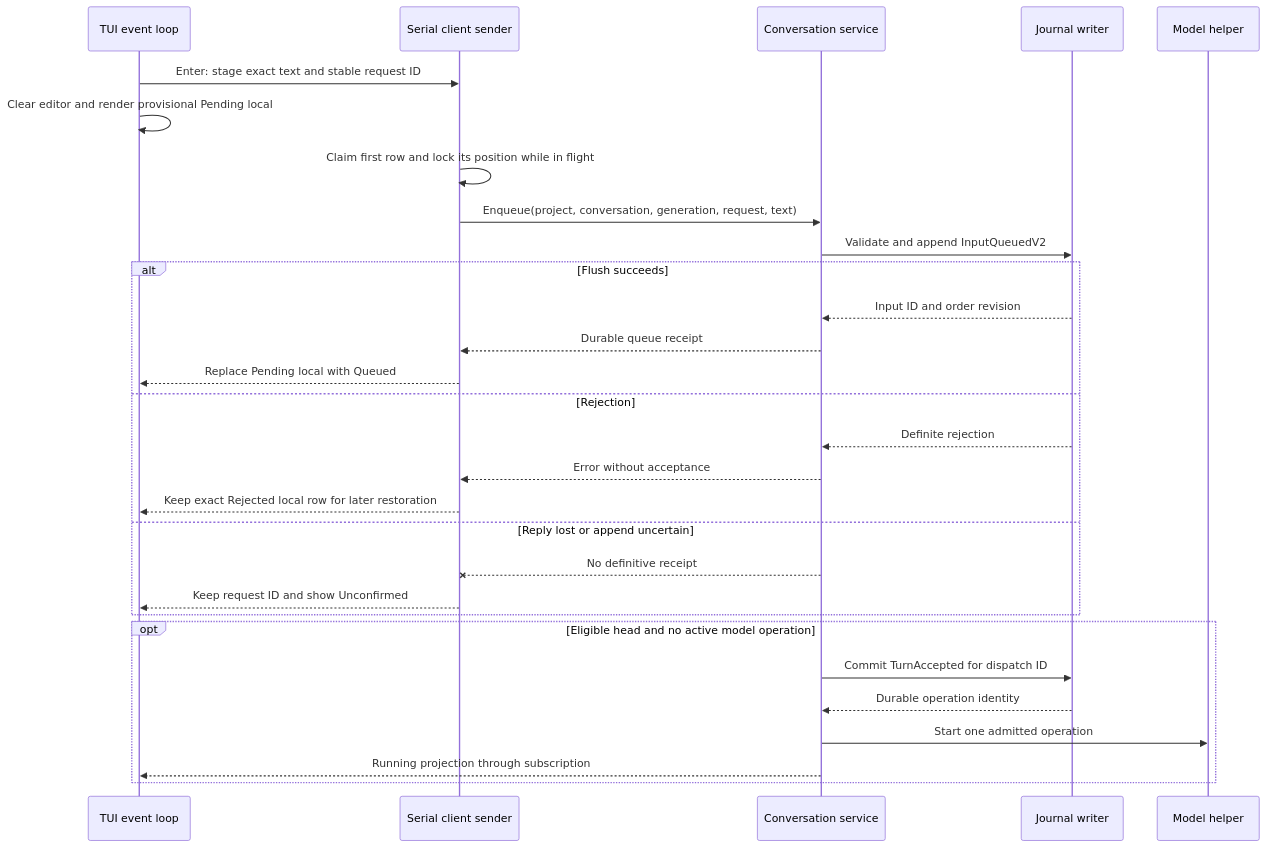
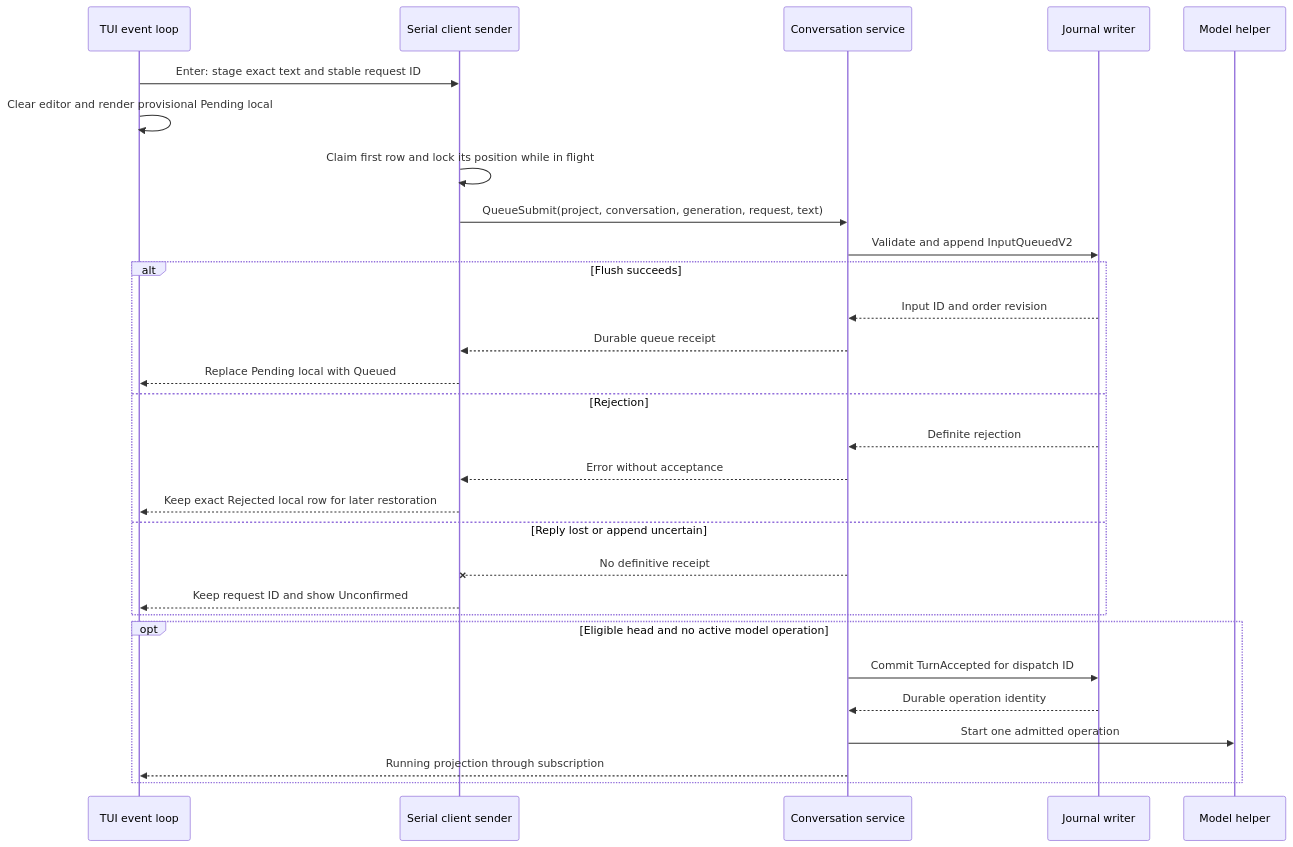
Before and after one commit to pidster/asura: the third of 6 diagrams in docs/designs/managed-input-queue.md, drawn with Mermaid. The commit also changed other lines of this file and 107 other files, not shown here.

````diff
--- a/docs/designs/managed-input-queue.md
+++ b/docs/designs/managed-input-queue.md
@@ -242,31 +268,31 @@
 ```mermaid
 sequenceDiagram
     participant U as TUI event loop
     participant C as Serial client sender
     participant S as Conversation service
     participant J as Journal writer
     participant M as Model helper
     U->>C: Enter: stage exact text and stable request ID
     U->>U: Clear editor and render provisional Pending local
     C->>C: Claim first row and lock its position while in flight
-    C->>S: Enqueue(project, conversation, generation, request, text)
+    C->>S: QueueSubmit(project, conversation, generation, request, text)
     S->>J: Validate and append InputQueuedV2
     alt Flush succeeds
         J-->>S: Input ID and order revision
         S-->>C: Durable queue receipt
         C-->>U: Replace Pending local with Queued
     else Rejection
         J-->>S: Definite rejection
         S-->>C: Error without acceptance
         C-->>U: Keep exact Rejected local row for later restoration
     else Reply lost or append uncertain
         S--xC: No definitive receipt
         C-->>U: Keep request ID and show Unconfirmed
     end
     opt Eligible head and no active model operation
         S->>J: Commit TurnAccepted for dispatch ID
         J-->>S: Durable operation identity
         S->>M: Start one admitted operation
         S-->>U: Running projection through subscription
     end
 ```
````
